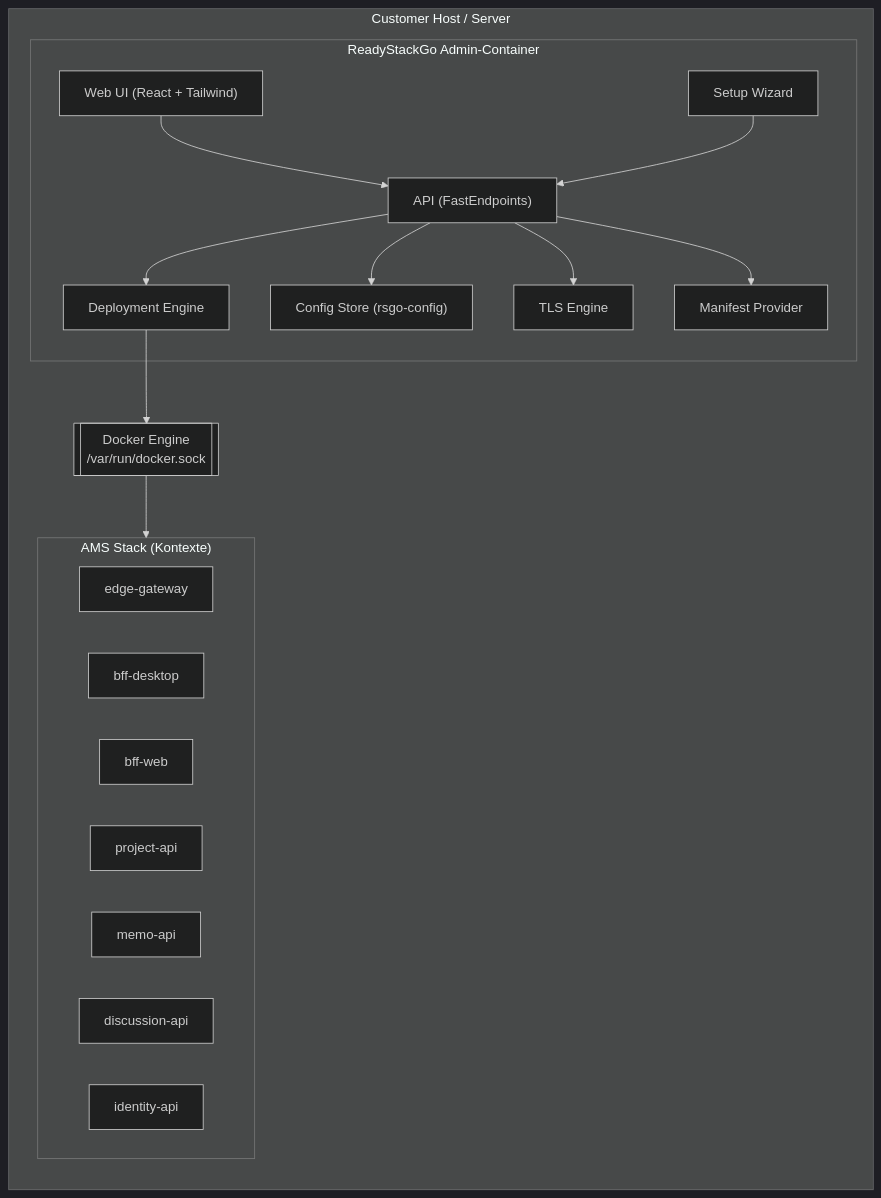
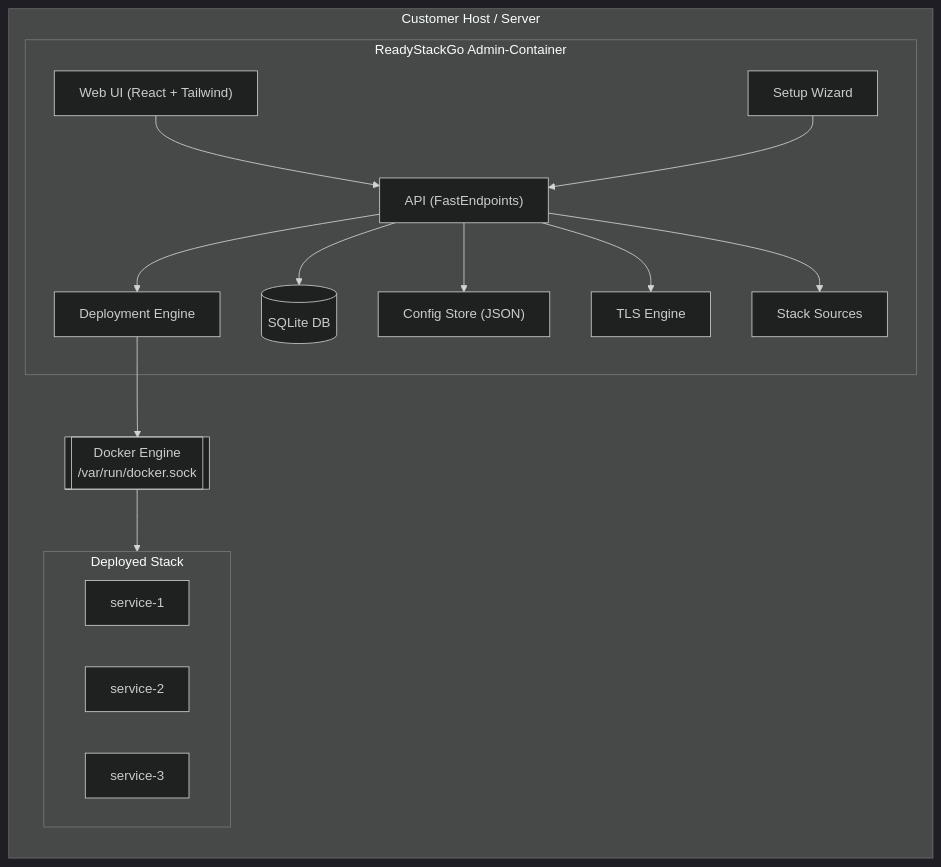
Before and after one commit to Wiesenwischer/ReadyStackGo: the first of 6 diagrams in docs/Architecture/Overview.md, drawn with Mermaid (dark theme). The commit also changed other lines of this file and 3 other files, not shown here.

Commit message:
Update documentation for v0.6 DDD architecture

````diff
--- a/docs/Architecture/Overview.md
+++ b/docs/Architecture/Overview.md
@@ -45,37 +46,35 @@
 ```mermaid
 flowchart LR
     subgraph Host["Customer Host / Server"]
         subgraph Admin["ReadyStackGo Admin-Container"]
             API["API (FastEndpoints)"]
             UI["Web UI (React + Tailwind)"]
             WZ["Setup Wizard"]
             DE["Deployment Engine"]
-            CFG["Config Store (rsgo-config)"]
+            DB[("SQLite DB")]
+            CFG["Config Store (JSON)"]
             TLS["TLS Engine"]
-            MP["Manifest Provider"]
+            SS["Stack Sources"]
         end
 
         DK[["Docker Engine
 /var/run/docker.sock"]]
 
-        subgraph Stack["AMS Stack (Kontexte)"]
-            GW["edge-gateway"]
-            BFFd["bff-desktop"]
-            BFFw["bff-web"]
-            P["project-api"]
-            M["memo-api"]
-            D["discussion-api"]
-            ID["identity-api"]
+        subgraph Stack["Deployed Stack"]
+            S1["service-1"]
+            S2["service-2"]
+            S3["service-3"]
         end
     end
 
     UI --> API
     WZ --> API
     API --> DE
+    API --> DB
     API --> CFG
     API --> TLS
-    API --> MP
+    API --> SS
 
     DE --> DK
     DK --> Stack
 ```
````
